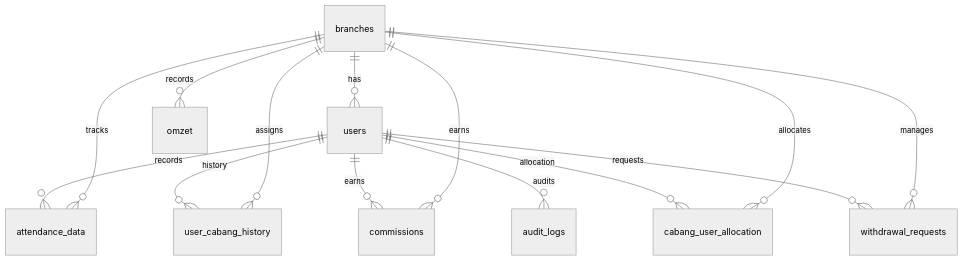
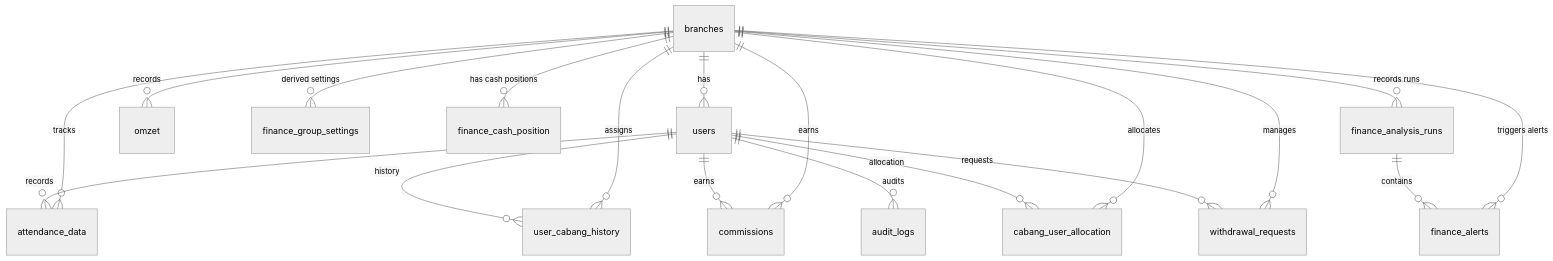
One commit to aarissutrisna/komcsbyantig changed the diagram in docs/DATABASE-SCHEMA.md. Above: the diagram before and after it, drawn with Mermaid (neutral theme). The commit also changed other lines of this file and 1 other file, not shown here.

Commit message:
docs: align PRD and database schema docs with cash breakdown and net target features

````diff
--- a/docs/DATABASE-SCHEMA.md
+++ b/docs/DATABASE-SCHEMA.md
@@ -124,16 +169,21 @@
 ```mermaid
 erDiagram
     branches ||--o{ users : "has"
     branches ||--o{ omzet : "records"
     branches ||--o{ user_cabang_history : "assigns"
     branches ||--o{ cabang_user_allocation : "allocates"
     branches ||--o{ attendance_data : "tracks"
     branches ||--o{ commissions : "earns"
     branches ||--o{ withdrawal_requests : "manages"
+    branches ||--o{ finance_group_settings : "derived settings"
+    branches ||--o{ finance_cash_position : "has cash positions"
+    branches ||--o{ finance_analysis_runs : "records runs"
+    branches ||--o{ finance_alerts : "triggers alerts"
     users ||--o{ attendance_data : "records"
     users ||--o{ commissions : "earns"
     users ||--o{ withdrawal_requests : "requests"
     users ||--o{ user_cabang_history : "history"
     users ||--o{ cabang_user_allocation : "allocation"
     users ||--o{ audit_logs : "audits"
+    finance_analysis_runs ||--o{ finance_alerts : "contains"
 ```
````
